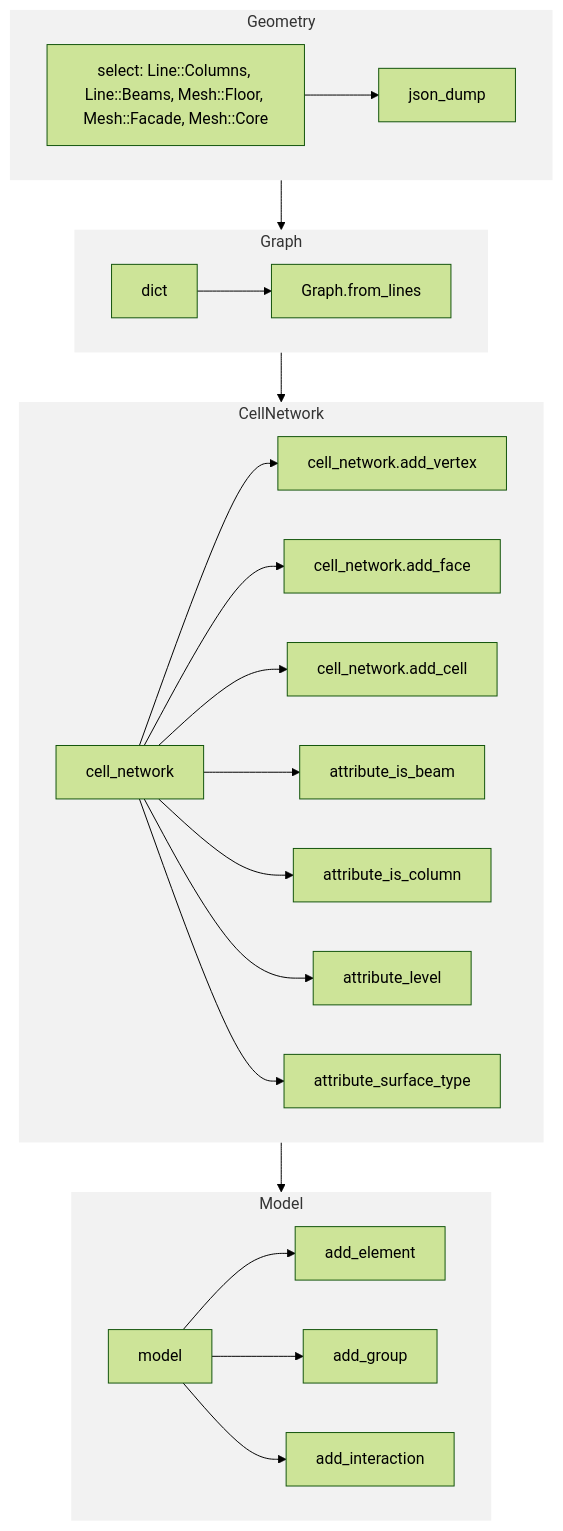
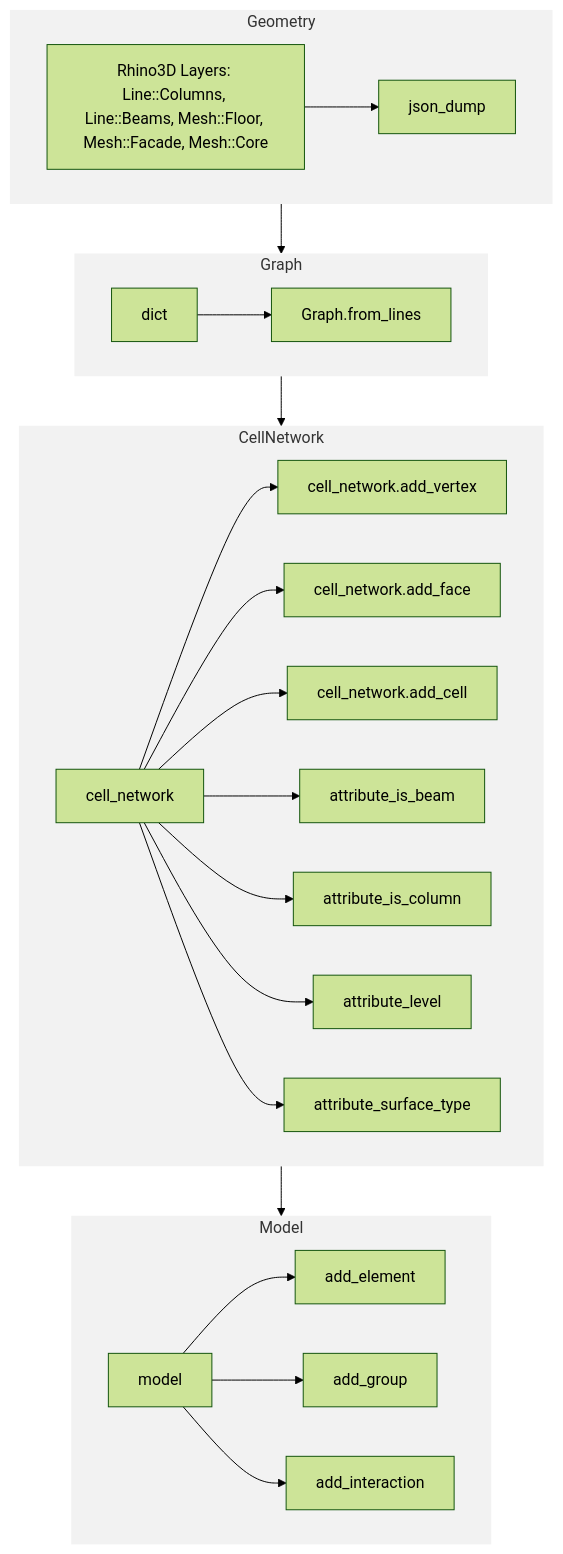
Before and after one commit to BRG-research/compas_grid: the diagram in README.md, drawn with Mermaid (forest theme).

````diff
--- a/README.md
+++ b/README.md
@@ -7,39 +7,39 @@
 ```mermaid
 flowchart TB
   %% Define custom classes https://mermaid.live
   classDef defaultStyle fill:000,stroke:#333,stroke-width:2px;
   classDef subgraphStyle fill:#f2f2f2,stroke:#333,stroke-width:0px;
 
   subgraph Geometry
-      Selection[select: Line::Columns, Line::Beams, Mesh::Floor, Mesh::Facade, Mesh::Core] --> json_dump;
+      Selection[Rhino3D Layers: Line::Columns, Line::Beams, Mesh::Floor, Mesh::Facade, Mesh::Core] --> json_dump;
   end
 
   subgraph Graph
       dict --> Graph.from_lines;
   end
   
   subgraph CellNetwork
       cell_network --> cell_network.add_vertex;
       cell_network --> cell_network.add_face;
       cell_network --> cell_network.add_cell;
       cell_network --> attribute_is_beam;
       cell_network --> attribute_is_column;
       cell_network --> attribute_level;
       cell_network --> attribute_surface_type;
   end
 
   subgraph Model
       model --> add_element;
       model --> add_group;
       model --> add_interaction;
   end
   
   %% Define relationships
   Geometry --> Graph;
   Graph --> CellNetwork;
   CellNetwork --> Model;
   
   %% Apply subgraph-specific styles if needed
   class Geometry,Graph,CellNetwork,Model subgraphStyle;
 
 ```
````
